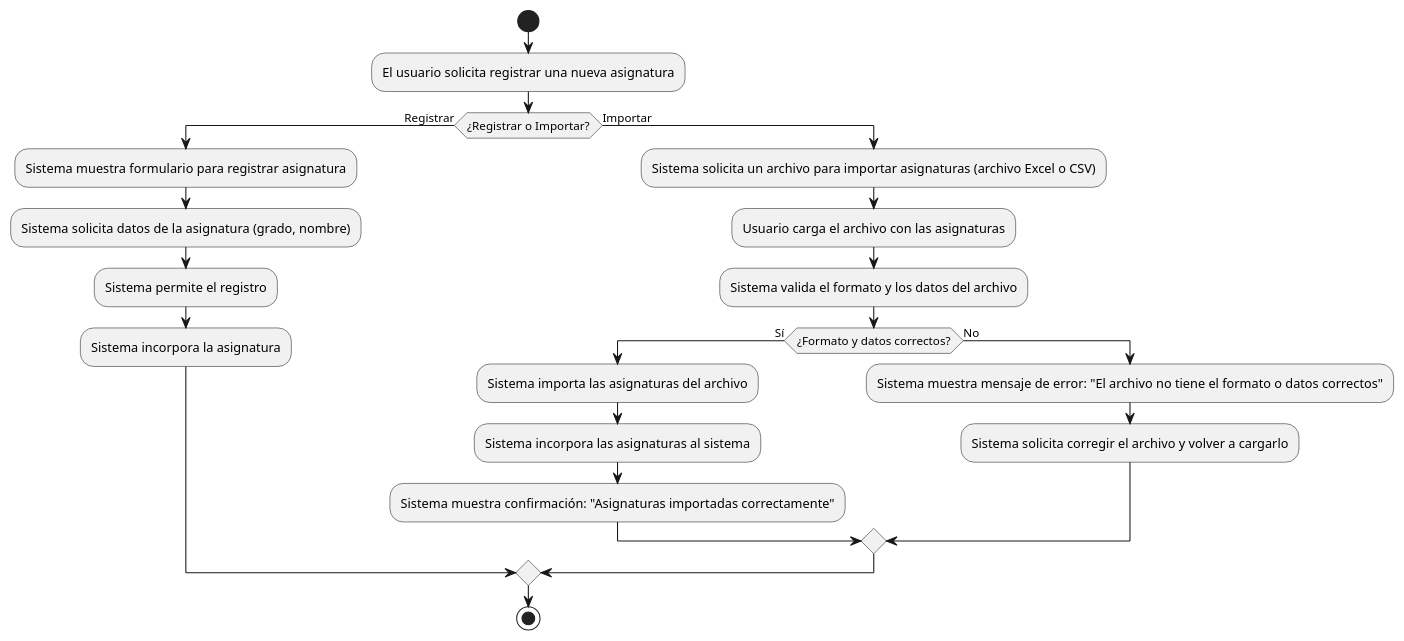
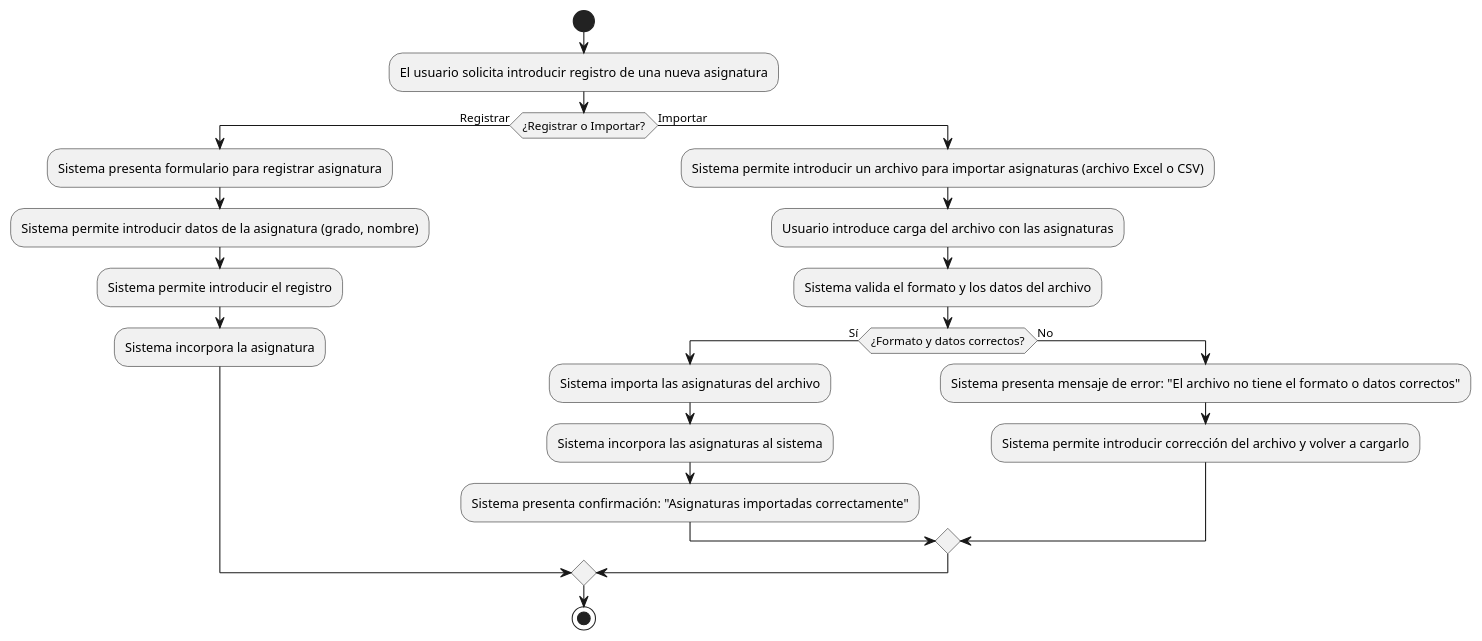
One commit to mmasias/24-25-IdSw1-SDR changed the diagram in casosDeUso/plantUML/RegistrarAsignatura.puml. Above: the diagram before and after it, drawn with PlantUML.

```diff
--- a/casosDeUso/plantUML/RegistrarAsignatura.puml
+++ b/casosDeUso/plantUML/RegistrarAsignatura.puml
@@ -1,23 +1,23 @@
 @startuml
 start
-:El usuario solicita registrar una nueva asignatura;
+:El usuario solicita introducir registro de una nueva asignatura;
 if (¿Registrar o Importar?) then (Registrar)
-  :Sistema muestra formulario para registrar asignatura;
-  :Sistema solicita datos de la asignatura (grado, nombre);
-  :Sistema permite el registro;
+  :Sistema presenta formulario para registrar asignatura;
+  :Sistema permite introducir datos de la asignatura (grado, nombre);
+  :Sistema permite introducir el registro;
   :Sistema incorpora la asignatura;
 else (Importar)
-  :Sistema solicita un archivo para importar asignaturas (archivo Excel o CSV);
-  :Usuario carga el archivo con las asignaturas;
+  :Sistema permite introducir un archivo para importar asignaturas (archivo Excel o CSV);
+  :Usuario introduce carga del archivo con las asignaturas;
   :Sistema valida el formato y los datos del archivo;
   if (¿Formato y datos correctos?) then (Sí)
     :Sistema importa las asignaturas del archivo;
     :Sistema incorpora las asignaturas al sistema;
-    :Sistema muestra confirmación: "Asignaturas importadas correctamente";
+    :Sistema presenta confirmación: "Asignaturas importadas correctamente";
   else (No)
-    :Sistema muestra mensaje de error: "El archivo no tiene el formato o datos correctos";
-    :Sistema solicita corregir el archivo y volver a cargarlo;
+    :Sistema presenta mensaje de error: "El archivo no tiene el formato o datos correctos";
+    :Sistema permite introducir corrección del archivo y volver a cargarlo;
   endif
 endif
 stop
 @enduml
```
